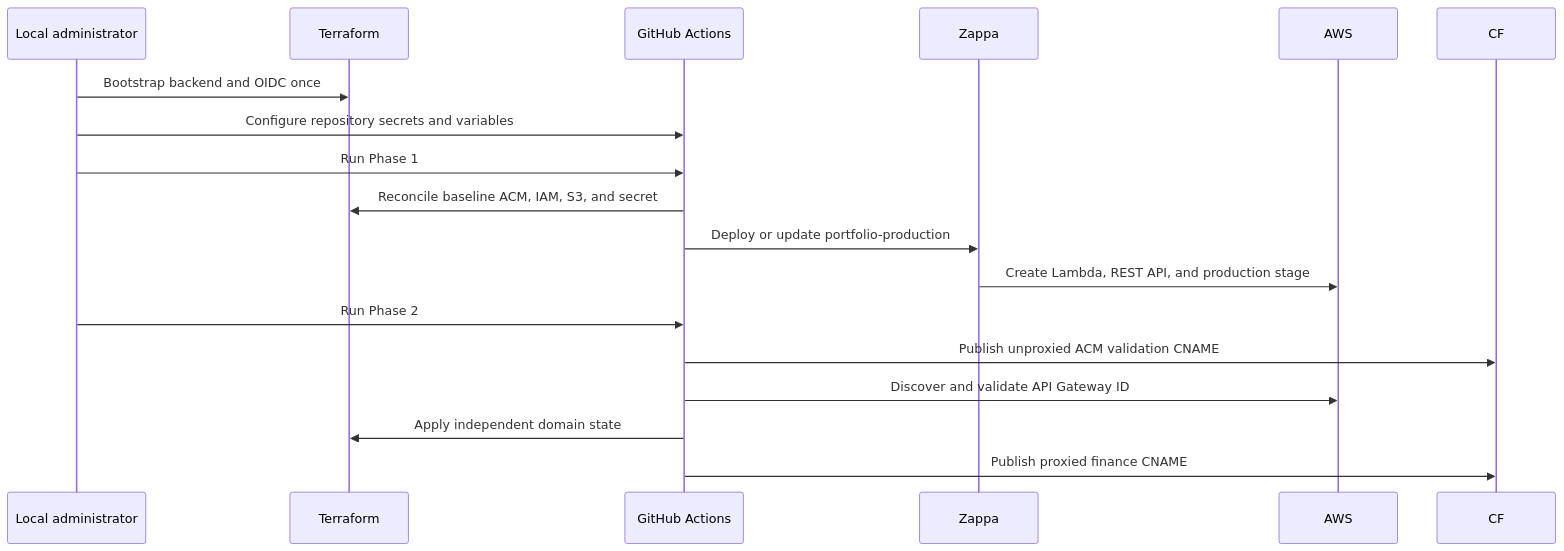
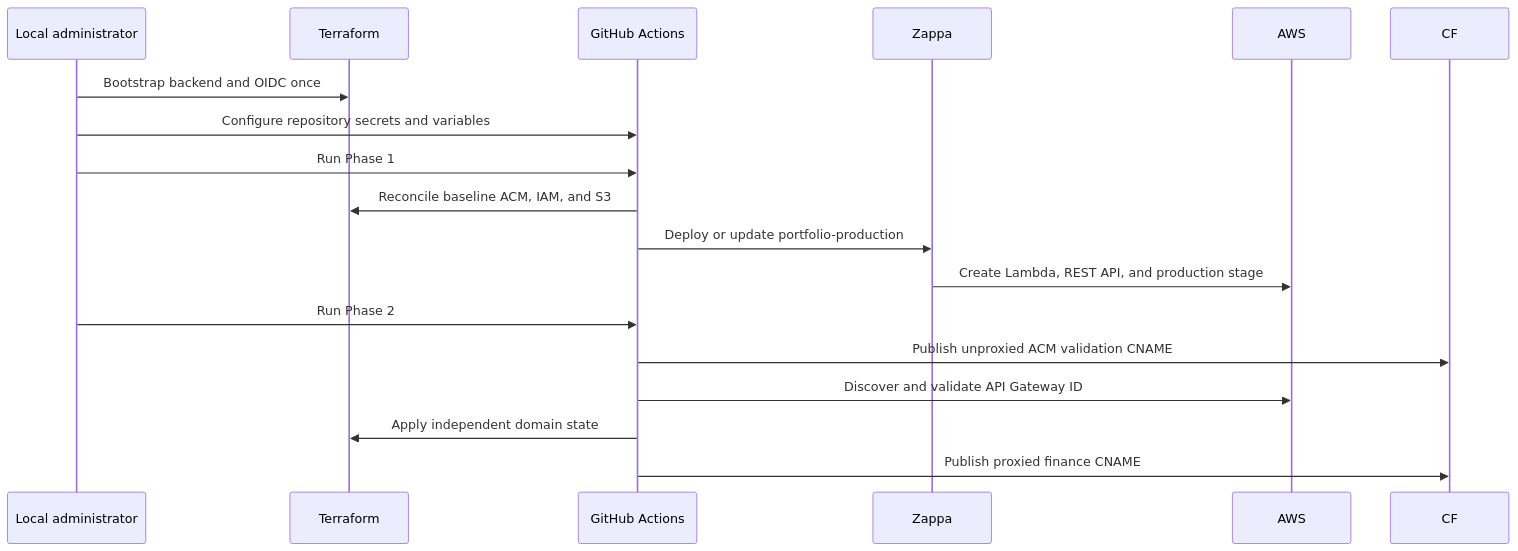
One commit to praveenkumarv-github/portfolio changed the third of 3 diagrams in README.md. Above: the diagram before and after it, drawn with Mermaid. The commit also changed other lines of this file and 12 other files, not shown here.

````diff
--- a/README.md
+++ b/README.md
@@ -71,20 +69,20 @@
 ```mermaid
 sequenceDiagram
     participant Admin as Local administrator
     participant TF as Terraform
     participant GH as GitHub Actions
     participant Z as Zappa
     participant AWS as AWS
 
     Admin->>TF: Bootstrap backend and OIDC once
     Admin->>GH: Configure repository secrets and variables
     Admin->>GH: Run Phase 1
-    GH->>TF: Reconcile baseline ACM, IAM, S3, and secret
+    GH->>TF: Reconcile baseline ACM, IAM, and S3
     GH->>Z: Deploy or update portfolio-production
     Z->>AWS: Create Lambda, REST API, and production stage
     Admin->>GH: Run Phase 2
     GH->>CF: Publish unproxied ACM validation CNAME
     GH->>AWS: Discover and validate API Gateway ID
     GH->>TF: Apply independent domain state
     GH->>CF: Publish proxied finance CNAME
 ```
````
